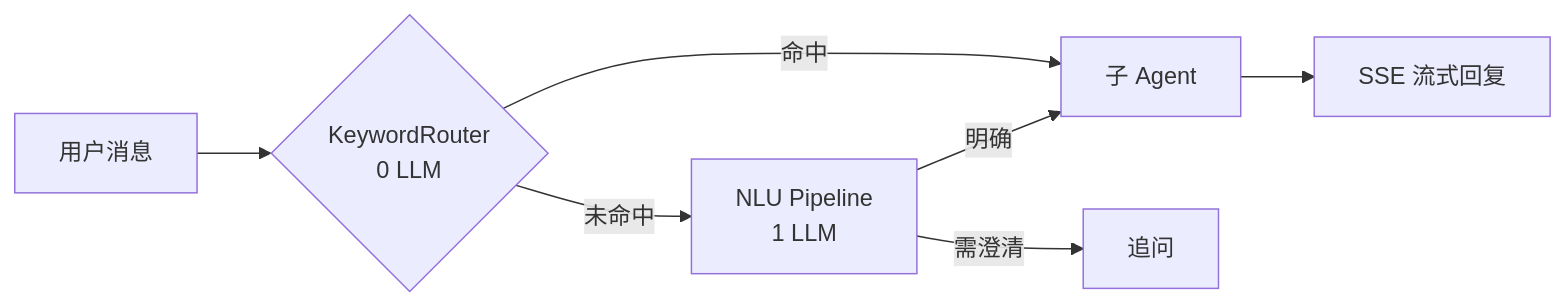
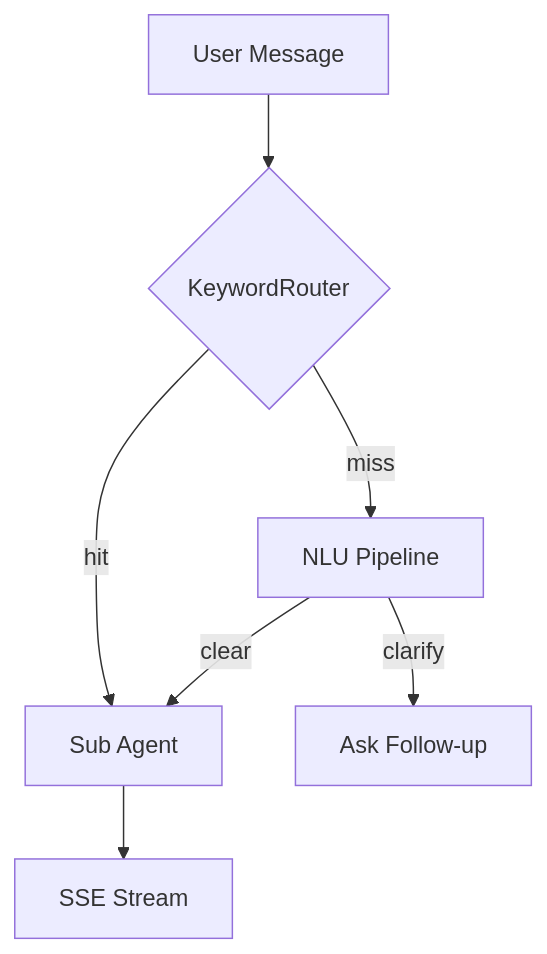
The second of 2 diagrams in README.md (jiasongqi/WorkplaceAIAgent), drawn with Mermaid before and after one commit. The commit also changed other lines of this file and 1 other file, not shown here.

First line of the commit message:
Fix GitHub Mermaid render errors in README diagrams.

````diff
--- a/README.md
+++ b/README.md
@@ -107,9 +83,9 @@
 ```mermaid
-flowchart LR
-  U[用户消息] --> KR{KeywordRouter<br/>0 LLM}
-  KR -->|命中| SA[子 Agent]
-  KR -->|未命中| NLU[NLU Pipeline<br/>1 LLM]
-  NLU -->|需澄清| Ask[追问]
-  NLU -->|明确| SA
-  SA --> Out[SSE 流式回复]
+flowchart TD
+  U[User Message] --> KR{KeywordRouter}
+  KR -->|hit| SA[Sub Agent]
+  KR -->|miss| NLU[NLU Pipeline]
+  NLU -->|clarify| Ask[Ask Follow-up]
+  NLU -->|clear| SA
+  SA --> Out[SSE Stream]
 ```
````
